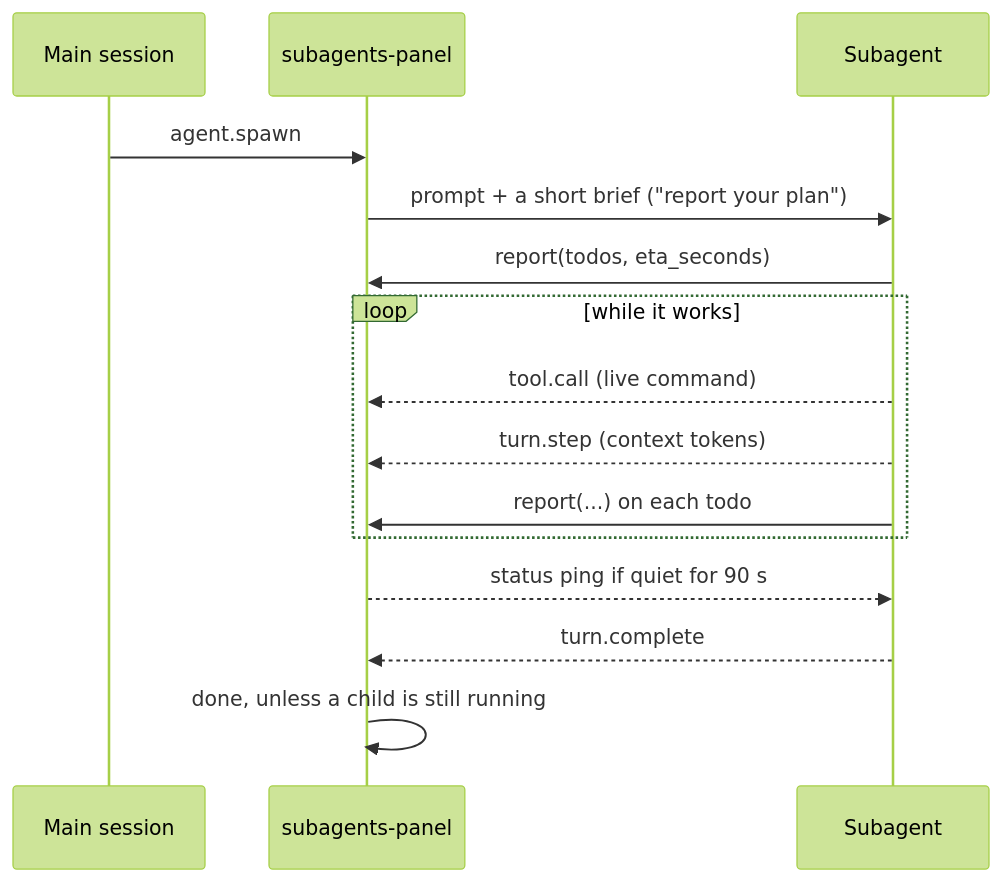
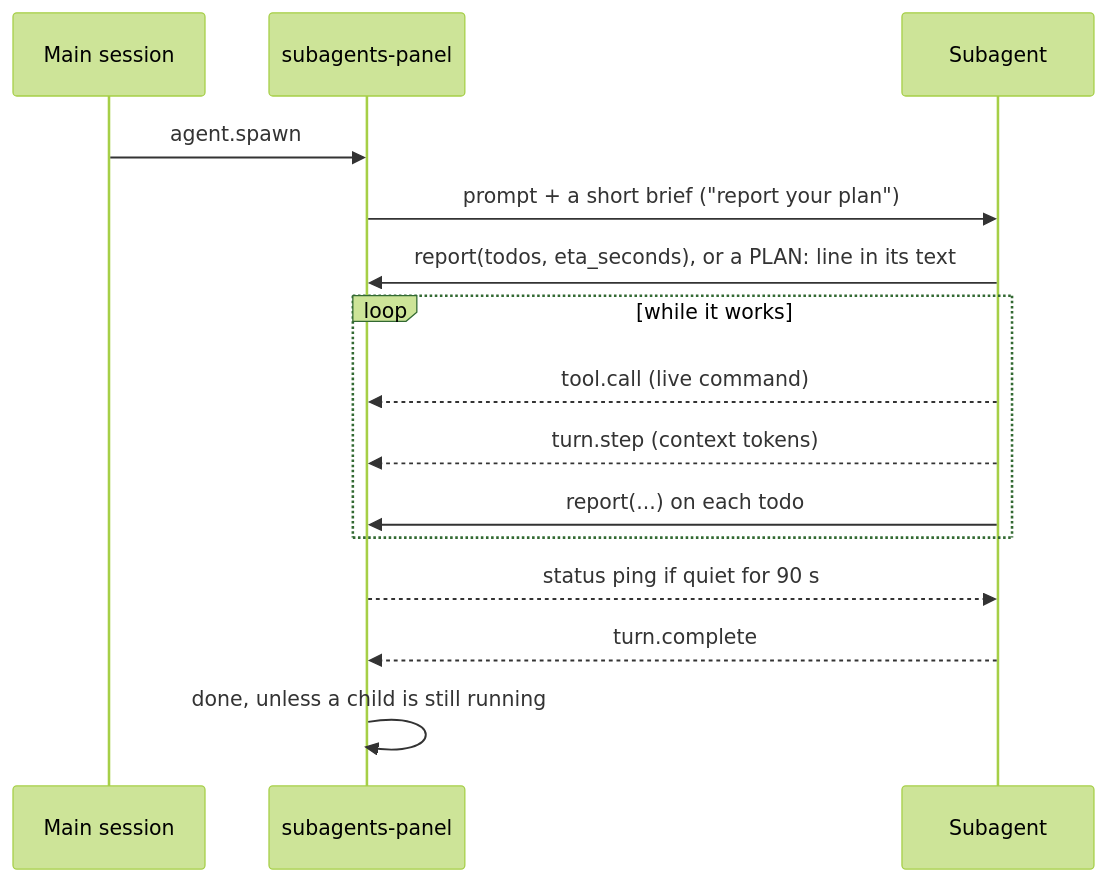
The diagram in README.md (rndbblnn/cc-mod-subagents-panel), drawn with Mermaid (forest theme) before and after one commit. The commit also changed other lines of this file and 6 other files, not shown here.

First line of the commit message:
feat(report): let agents without the report tool report with a PLAN line

````diff
--- a/README.md
+++ b/README.md
@@ -99,17 +99,17 @@
 ```mermaid
 sequenceDiagram
     participant M as Main session
     participant P as subagents-panel
     participant A as Subagent
     M->>P: agent.spawn
     P->>A: prompt + a short brief ("report your plan")
-    A->>P: report(todos, eta_seconds)
+    A->>P: report(todos, eta_seconds), or a PLAN: line in its text
     loop while it works
         A-->>P: tool.call  (live command)
         A-->>P: turn.step  (context tokens)
         A->>P: report(...) on each todo
     end
     P-->>A: status ping if quiet for 90 s
     A-->>P: turn.complete
     P->>P: done, unless a child is still running
 ```
````
